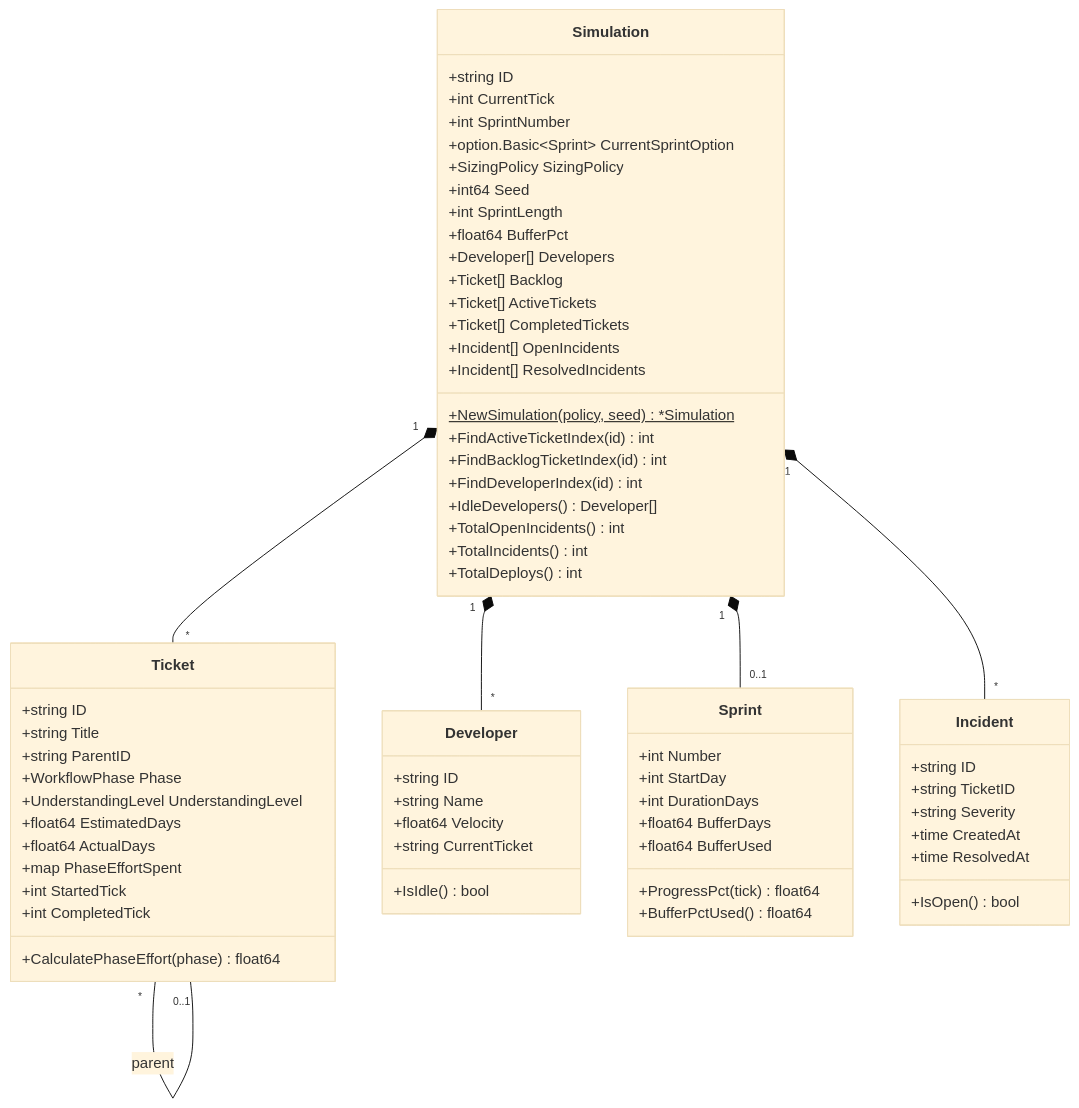
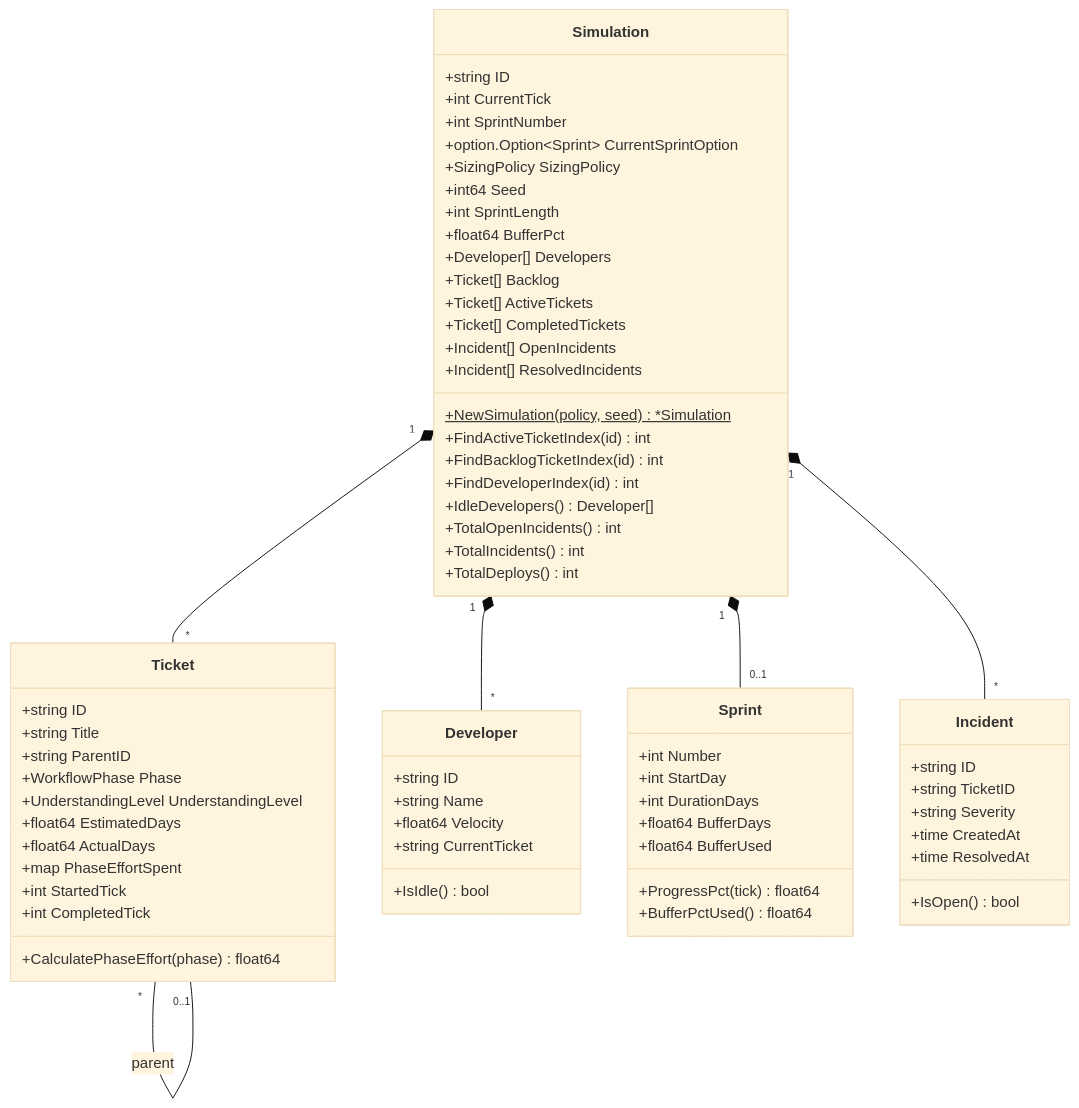
One commit to binaryphile/sofdevsim-2026 changed the first of 10 diagrams in docs/design.md. Above: the diagram before and after it, drawn with Mermaid (base theme). The commit also changed 35 other files, not shown here.

````diff
--- a/docs/design.md
+++ b/docs/design.md
@@ -85,74 +85,74 @@
 ```mermaid
 classDiagram
     class Simulation {
         +string ID
         +int CurrentTick
         +int SprintNumber
-        +option.Basic~Sprint~ CurrentSprintOption
+        +option.Option~Sprint~ CurrentSprintOption
         +SizingPolicy SizingPolicy
         +int64 Seed
         +int SprintLength
         +float64 BufferPct
         +Developer[] Developers
         +Ticket[] Backlog
         +Ticket[] ActiveTickets
         +Ticket[] CompletedTickets
         +Incident[] OpenIncidents
         +Incident[] ResolvedIncidents
         +NewSimulation(policy, seed)$ *Simulation
         +FindActiveTicketIndex(id) int
         +FindBacklogTicketIndex(id) int
         +FindDeveloperIndex(id) int
         +IdleDevelopers() Developer[]
         +TotalOpenIncidents() int
         +TotalIncidents() int
         +TotalDeploys() int
     }
 
     class Ticket {
         +string ID
         +string Title
         +string ParentID
         +WorkflowPhase Phase
         +UnderstandingLevel UnderstandingLevel
         +float64 EstimatedDays
         +float64 ActualDays
         +map PhaseEffortSpent
         +int StartedTick
         +int CompletedTick
         +CalculatePhaseEffort(phase) float64
     }
 
     class Developer {
         +string ID
         +string Name
         +float64 Velocity
         +string CurrentTicket
         +IsIdle() bool
     }
 
     class Sprint {
         +int Number
         +int StartDay
         +int DurationDays
         +float64 BufferDays
         +float64 BufferUsed
         +ProgressPct(tick) float64
         +BufferPctUsed() float64
     }
 
     class Incident {
         +string ID
         +string TicketID
         +string Severity
         +time CreatedAt
         +time ResolvedAt
         +IsOpen() bool
     }
 
     Simulation "1" *-- "*" Developer
     Simulation "1" *-- "*" Ticket
     Simulation "1" *-- "0..1" Sprint
     Simulation "1" *-- "*" Incident
     Ticket "*" -- "0..1" Ticket : parent
 ```
````
